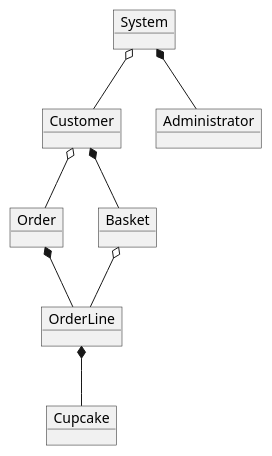
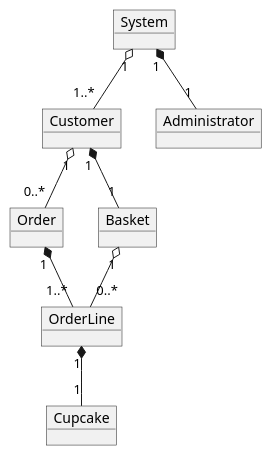
One commit to Liya-ap/Cupcake_2024 changed the diagram in doc/UML/domain_diagram.puml. Above: the diagram before and after it, drawn with PlantUML. The commit also changed 2 other files, not shown here.

Commit message:
minor changes to domain diagram and created two activity diagrams

```diff
--- a/doc/UML/domain_diagram.puml
+++ b/doc/UML/domain_diagram.puml
@@ -1,17 +1,17 @@
 @startuml
 object Customer
 object Administrator
 object Cupcake
 object Order
 object OrderLine
 object Basket
 object System
 
-Customer o-- Order
-Customer *-- Basket
-Order *-- OrderLine
-OrderLine *-- Cupcake
-Basket o-- OrderLine
-System *-- Administrator
-System o-- Customer
+Customer "1" o-- "0..*" Order
+Customer "1" *-- "1" Basket
+Order "1" *-- "1..*" OrderLine
+OrderLine "1" *-- "1" Cupcake
+Basket "1" o-- "0..*" OrderLine
+System "1" *-- "1" Administrator
+System "1" o-- "1..*" Customer
 @enduml
```
